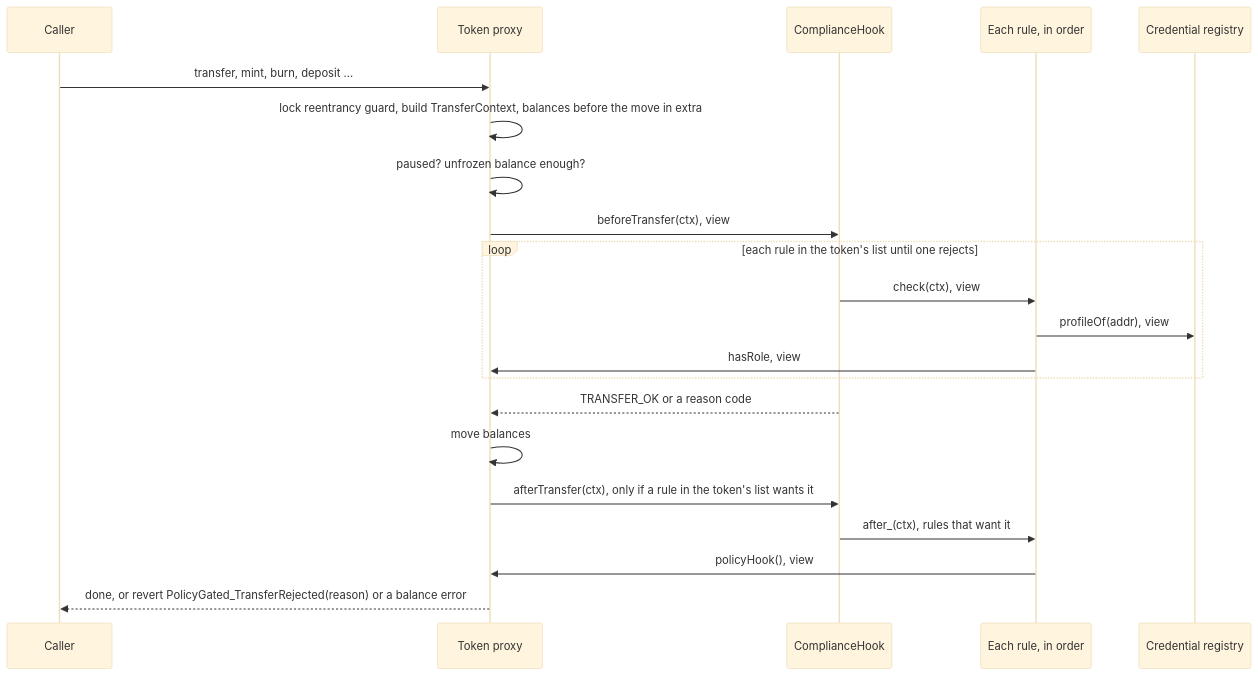
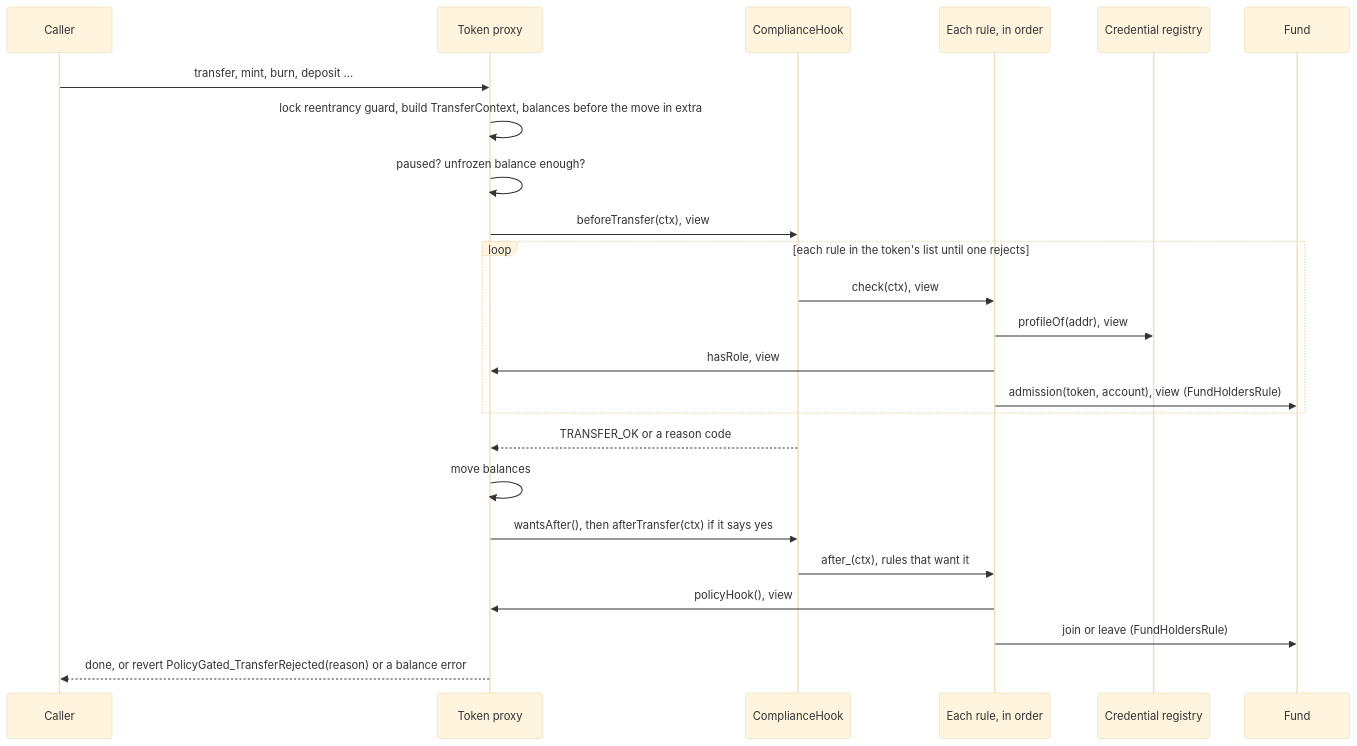
Before and after one commit to fepvenancio/rwa-token: the second of 3 diagrams in docs/architecture.md, drawn with Mermaid (base theme). The commit also changed other lines of this file and 10 other files, not shown here.

````diff
--- a/docs/architecture.md
+++ b/docs/architecture.md
@@ -70,24 +71,27 @@
 ```mermaid
 sequenceDiagram
   participant C as Caller
   participant T as Token proxy
   participant H as ComplianceHook
   participant R as Each rule, in order
   participant X as Credential registry
+  participant F as Fund
 
   C->>T: transfer, mint, burn, deposit ...
   T->>T: lock reentrancy guard, build TransferContext, balances before the move in extra
   T->>T: paused? unfrozen balance enough?
   T->>H: beforeTransfer(ctx), view
   loop each rule in the token's list until one rejects
     H->>R: check(ctx), view
     R->>X: profileOf(addr), view
     R->>T: hasRole, view
+    R->>F: admission(token, account), view (FundHoldersRule)
   end
   H-->>T: TRANSFER_OK or a reason code
   T->>T: move balances
-  T->>H: afterTransfer(ctx), only if a rule in the token's list wants it
+  T->>H: wantsAfter(), then afterTransfer(ctx) if it says yes
   H->>R: after_(ctx), rules that want it
   R->>T: policyHook(), view
+  R->>F: join or leave (FundHoldersRule)
   T-->>C: done, or revert PolicyGated_TransferRejected(reason) or a balance error
 ```
````
